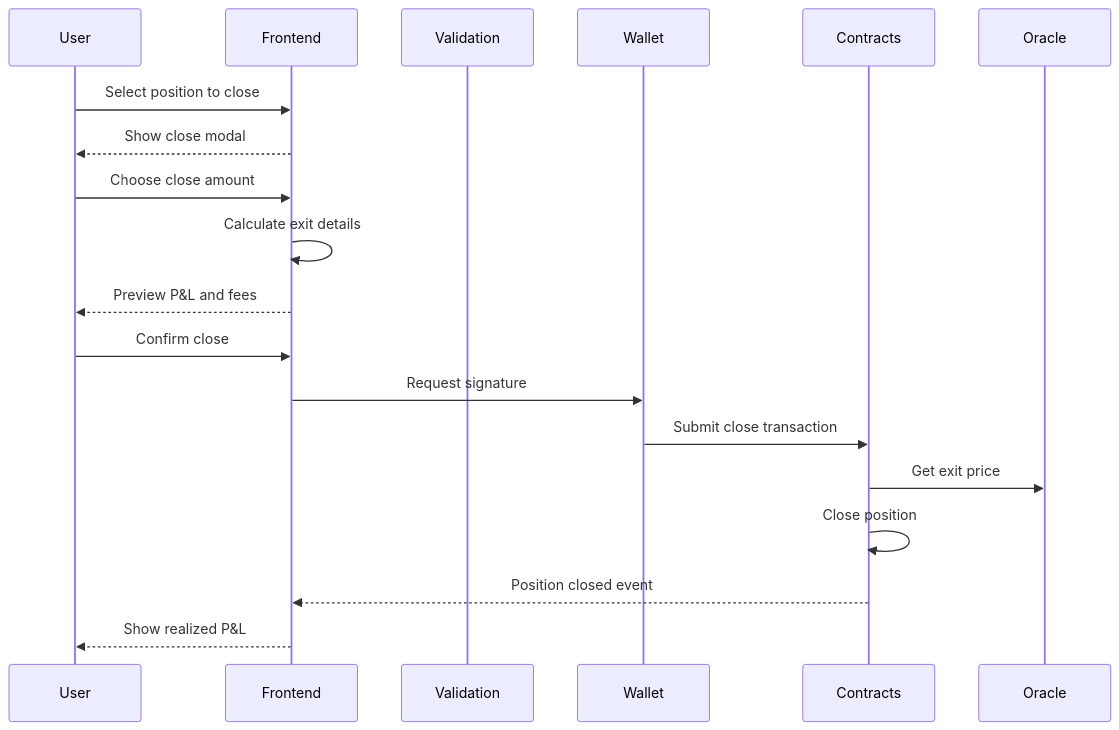
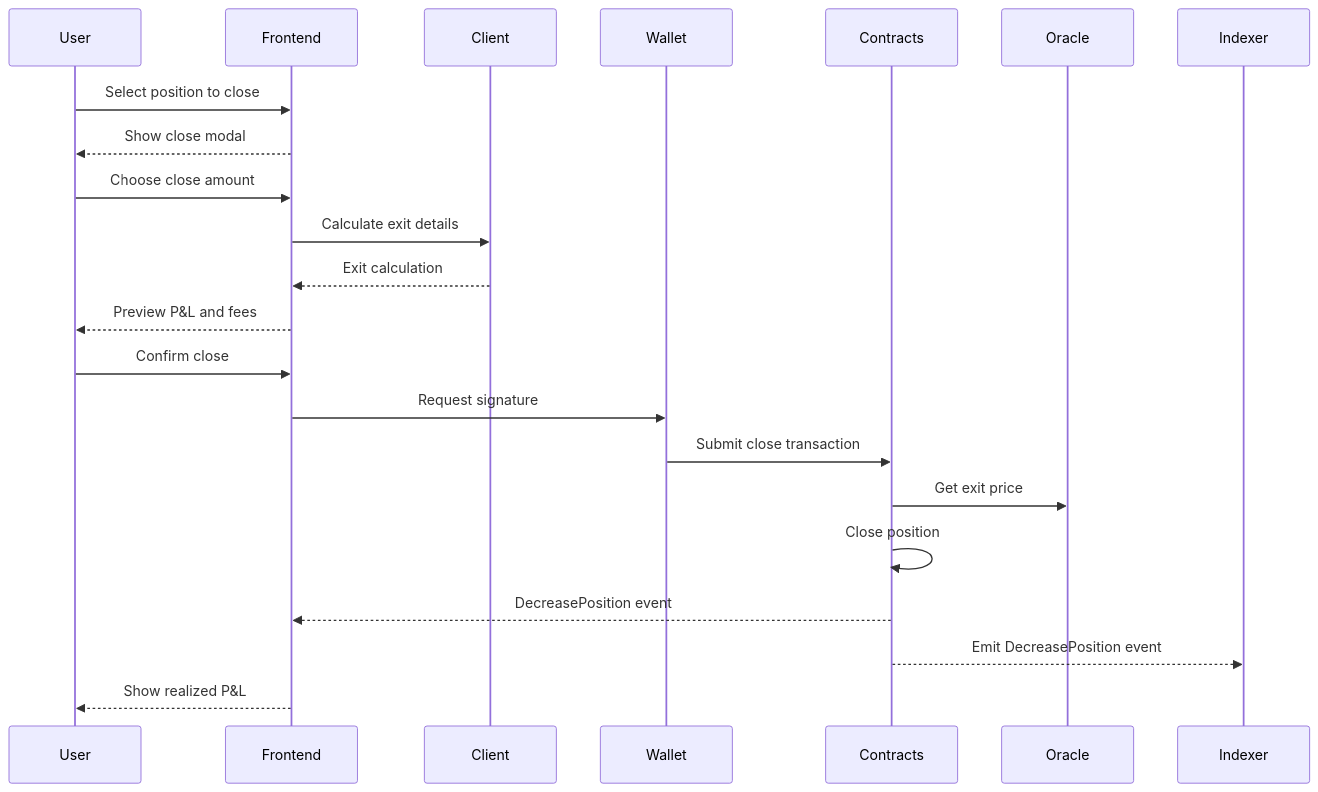
The fifth of 15 diagrams in project-stories-breakdown-reorganized.md (dydxprotocol/v4-web), drawn with Mermaid before and after one commit. The commit also changed other lines of this file, not shown here.

````diff
--- a/project-stories-breakdown-reorganized.md
+++ b/project-stories-breakdown-reorganized.md
@@ -1063,22 +786,25 @@
 ```mermaid
 sequenceDiagram
     participant User
     participant Frontend
-    participant Validation
+    participant Client
     participant Wallet
     participant Contracts
     participant Oracle
+    participant Indexer
     
     User->>Frontend: Select position to close
     Frontend-->>User: Show close modal
     User->>Frontend: Choose close amount
-    Frontend->>Frontend: Calculate exit details
+    Frontend->>Client: Calculate exit details
+    Client-->>Frontend: Exit calculation
     Frontend-->>User: Preview P&L and fees
     User->>Frontend: Confirm close
     Frontend->>Wallet: Request signature
     Wallet->>Contracts: Submit close transaction
     Contracts->>Oracle: Get exit price
     Contracts->>Contracts: Close position
-    Contracts-->>Frontend: Position closed event
+    Contracts-->>Frontend: DecreasePosition event
+    Contracts-->>Indexer: Emit DecreasePosition event
     Frontend-->>User: Show realized P&L
 ```
````
